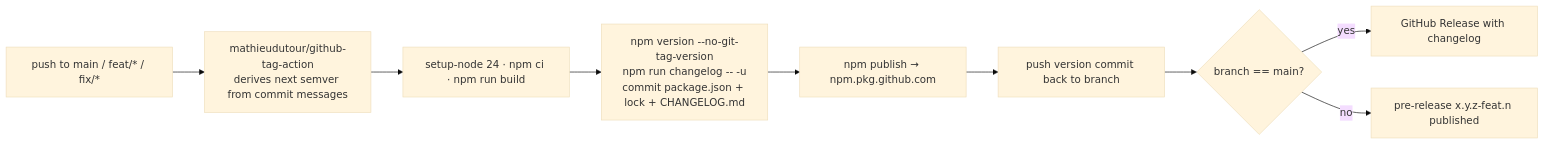
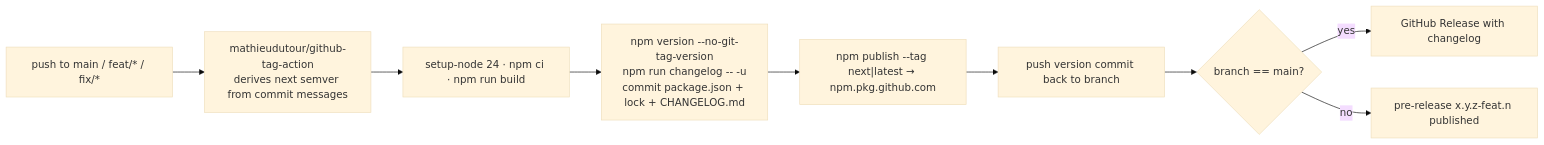
The diagram in .agents/steering/library/release/context.md (agronod/mui-components), drawn with Mermaid (base theme) before and after one commit. The commit also changed other lines of this file and 2 other files, not shown here.

First line of the commit message:
ci: fix prerelease publish and shallow-clone changelog regeneration

````diff
--- a/.agents/steering/library/release/context.md
+++ b/.agents/steering/library/release/context.md
@@ -6,11 +6,11 @@
 ```mermaid
 flowchart LR
     push["push to main / feat/* / fix/*"] --> tag["mathieudutour/github-tag-action\nderives next semver from commit messages"]
     tag --> build["setup-node 24 · npm ci · npm run build"]
     build --> ver["npm version --no-git-tag-version\nnpm run changelog -- -u\ncommit package.json + lock + CHANGELOG.md"]
-    ver --> pub["npm publish → npm.pkg.github.com"]
+    ver --> pub["npm publish --tag next|latest → npm.pkg.github.com"]
     pub --> pushback["push version commit back to branch"]
     pushback --> rel{"branch == main?"}
     rel -- yes --> ghrel["GitHub Release with changelog"]
     rel -- no --> done["pre-release x.y.z-feat.n published"]
 ```
````
